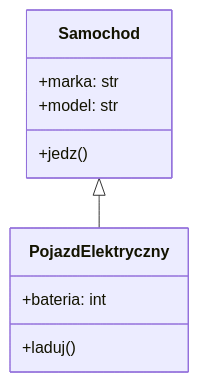
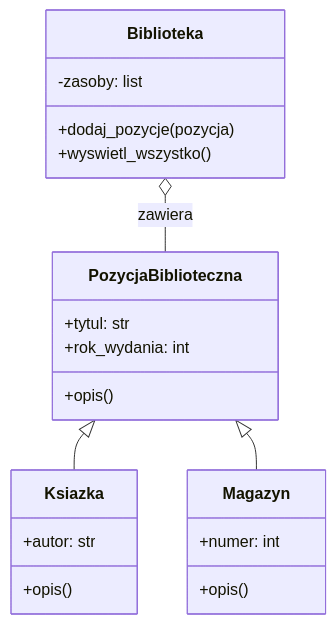
Before and after one commit to zacniewski/materials-about-markup-and-scripting-languages: the second of 2 diagrams in lectures/wyklad06.md, drawn with Mermaid. The commit also changed other lines of this file, not shown here.

````diff
--- a/lectures/wyklad06.md
+++ b/lectures/wyklad06.md
@@ -95,13 +177,25 @@
 ```mermaid
 classDiagram
-    class Samochod {
-        +marka: str
-        +model: str
-        +jedz()
+    class PozycjaBiblioteczna {
+        +tytul: str
+        +rok_wydania: int
+        +opis()
     }
-    class PojazdElektryczny {
-        +bateria: int
-        +laduj()
+    class Ksiazka {
+        +autor: str
+        +opis()
     }
-    Samochod <|-- PojazdElektryczny
+    class Magazyn {
+        +numer: int
+        +opis()
+    }
+    PozycjaBiblioteczna <|-- Ksiazka
+    PozycjaBiblioteczna <|-- Magazyn
+    
+    class Biblioteka {
+        -zasoby: list
+        +dodaj_pozycje(pozycja)
+        +wyswietl_wszystko()
+    }
+    Biblioteka o-- PozycjaBiblioteczna : zawiera
 ```
````
